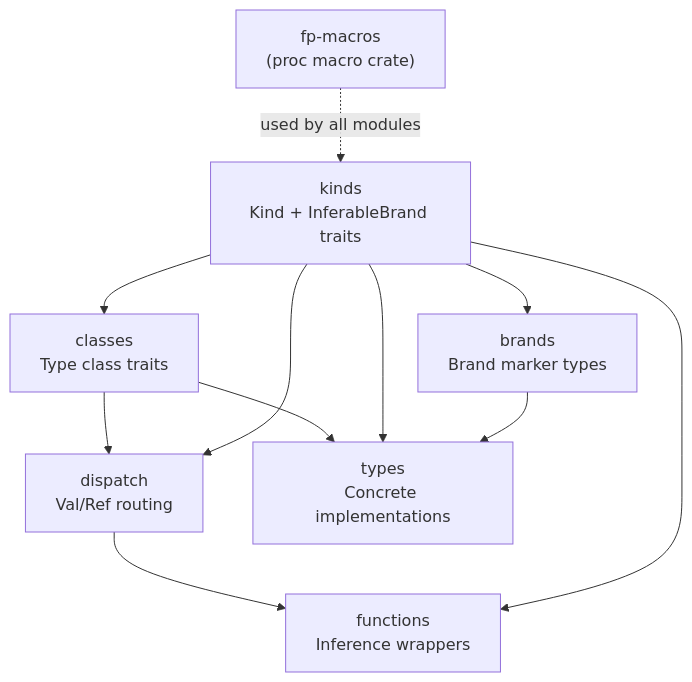
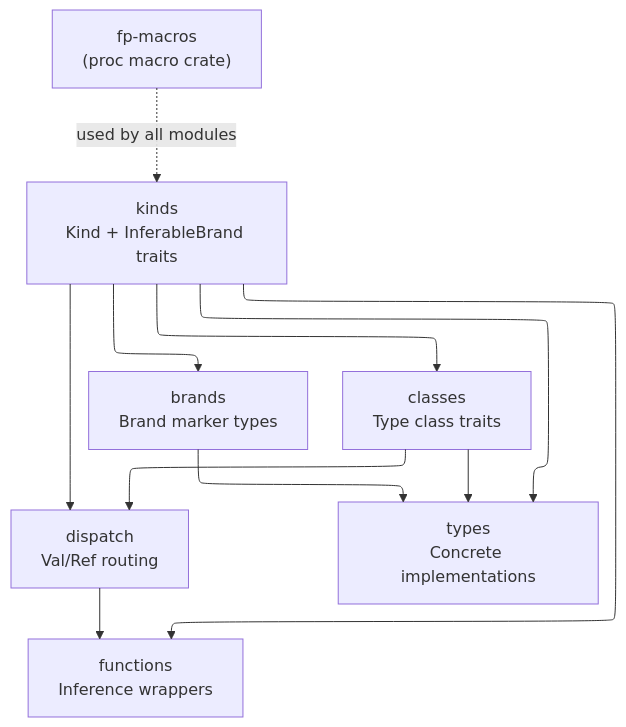
Before and after one commit to nothingnesses/rust-fp-library: the diagram in fp-library/docs/project-structure.md, drawn with Mermaid. The commit also changed 225 other files, not shown here.

````diff
--- a/fp-library/docs/project-structure.md
+++ b/fp-library/docs/project-structure.md
@@ -5,21 +5,25 @@
 ```mermaid
+---
+config:
+  layout: elk
+---
 graph TD
     fp-macros["fp-macros<br/>(proc macro crate)"]
     kinds["kinds<br/>Kind + InferableBrand traits"]
     brands["brands<br/>Brand marker types"]
     classes["classes<br/>Type class traits"]
     dispatch["dispatch<br/>Val/Ref routing"]
     functions["functions<br/>Inference wrappers"]
     types["types<br/>Concrete implementations"]
 
     fp-macros -.->|"used by all modules"| kinds
     kinds --> brands
     kinds --> classes
     classes --> dispatch
     kinds --> dispatch
     classes --> types
     kinds --> types
     brands --> types
     dispatch --> functions
     kinds --> functions
 ```
````
